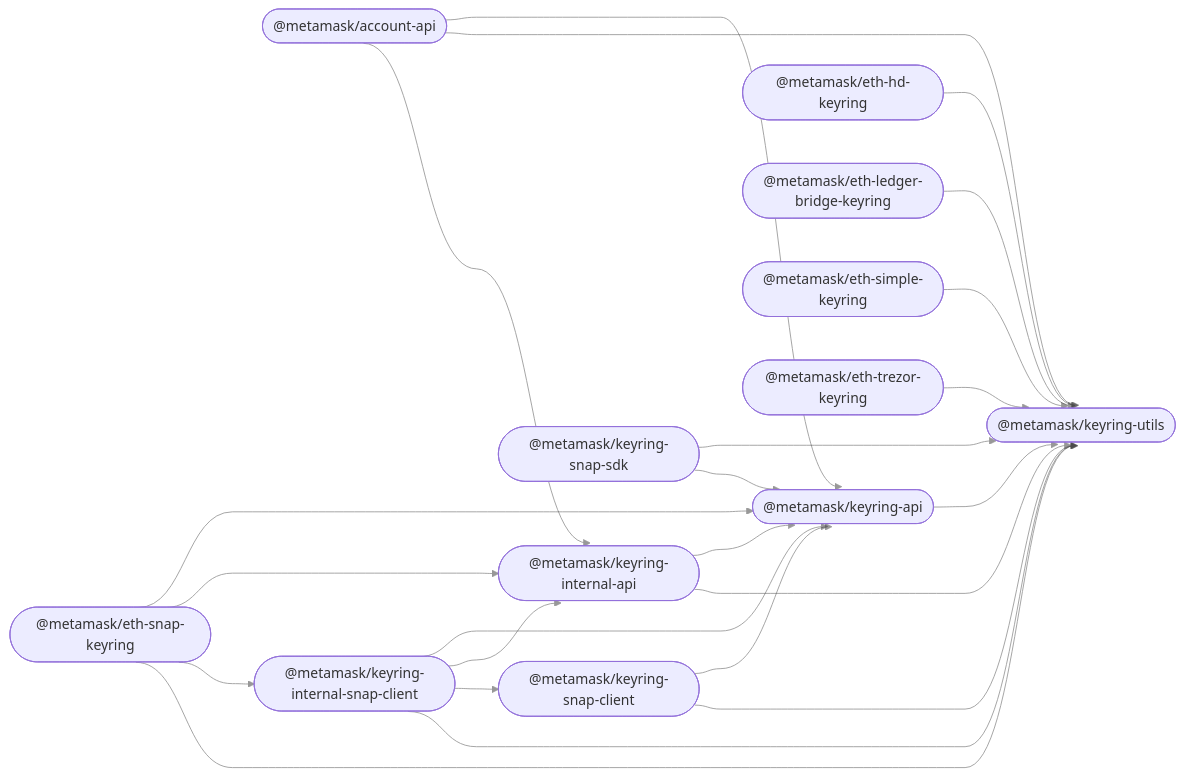
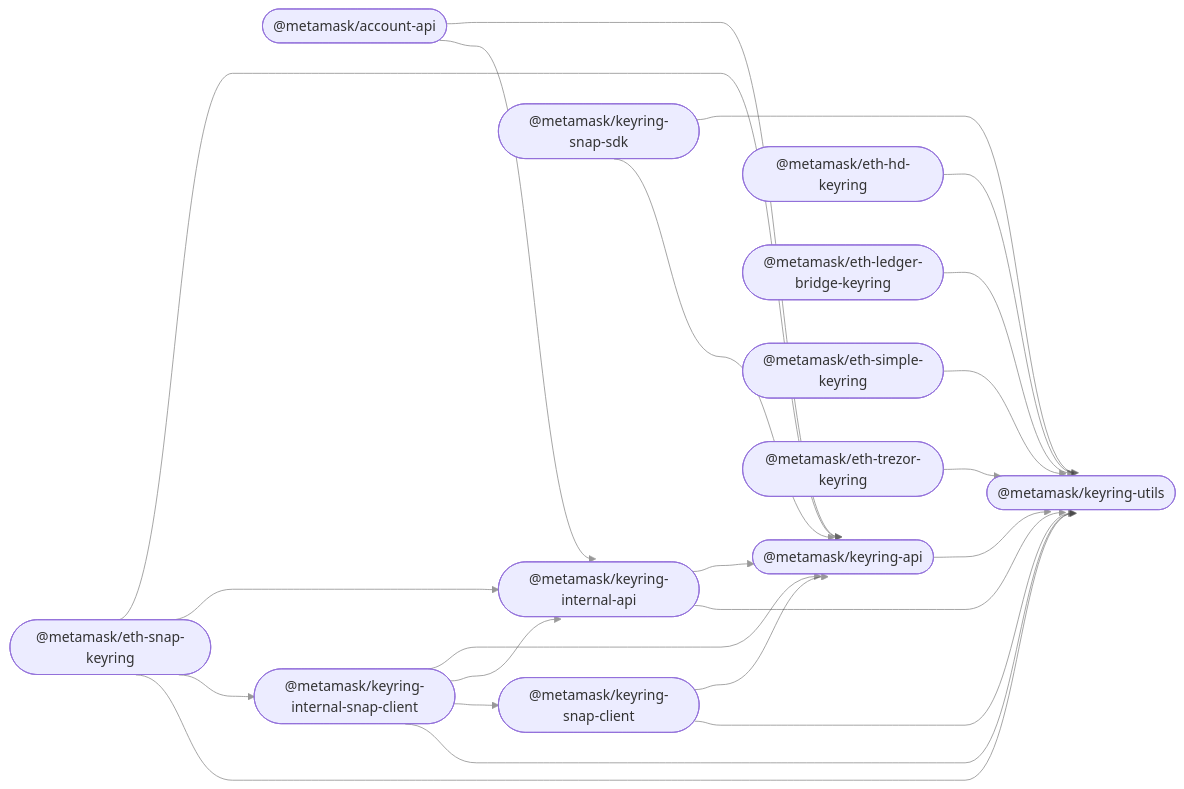
Before and after one commit to MetaMask/accounts: the diagram in README.md, drawn with Mermaid.

````diff
--- a/README.md
+++ b/README.md
@@ -34,39 +34,38 @@
 ```mermaid
 %%{ init: { 'flowchart': { 'curve': 'bumpX' } } }%%
 graph LR;
 linkStyle default opacity:0.5
   account_api(["@metamask/account-api"]);
   keyring_api(["@metamask/keyring-api"]);
   eth_hd_keyring(["@metamask/eth-hd-keyring"]);
   eth_ledger_bridge_keyring(["@metamask/eth-ledger-bridge-keyring"]);
   eth_simple_keyring(["@metamask/eth-simple-keyring"]);
   eth_trezor_keyring(["@metamask/eth-trezor-keyring"]);
   keyring_internal_api(["@metamask/keyring-internal-api"]);
   keyring_internal_snap_client(["@metamask/keyring-internal-snap-client"]);
   eth_snap_keyring(["@metamask/eth-snap-keyring"]);
   keyring_snap_client(["@metamask/keyring-snap-client"]);
   keyring_snap_sdk(["@metamask/keyring-snap-sdk"]);
   keyring_utils(["@metamask/keyring-utils"]);
   account_api --> keyring_api;
-  account_api --> keyring_utils;
   account_api --> keyring_internal_api;
   keyring_api --> keyring_utils;
   eth_hd_keyring --> keyring_utils;
   eth_ledger_bridge_keyring --> keyring_utils;
   eth_simple_keyring --> keyring_utils;
   eth_trezor_keyring --> keyring_utils;
   keyring_internal_api --> keyring_api;
   keyring_internal_api --> keyring_utils;
   keyring_internal_snap_client --> keyring_api;
   keyring_internal_snap_client --> keyring_internal_api;
   keyring_internal_snap_client --> keyring_snap_client;
   keyring_internal_snap_client --> keyring_utils;
   eth_snap_keyring --> keyring_api;
   eth_snap_keyring --> keyring_internal_api;
   eth_snap_keyring --> keyring_internal_snap_client;
   eth_snap_keyring --> keyring_utils;
   keyring_snap_client --> keyring_api;
   keyring_snap_client --> keyring_utils;
   keyring_snap_sdk --> keyring_utils;
   keyring_snap_sdk --> keyring_api;
 ```
````
